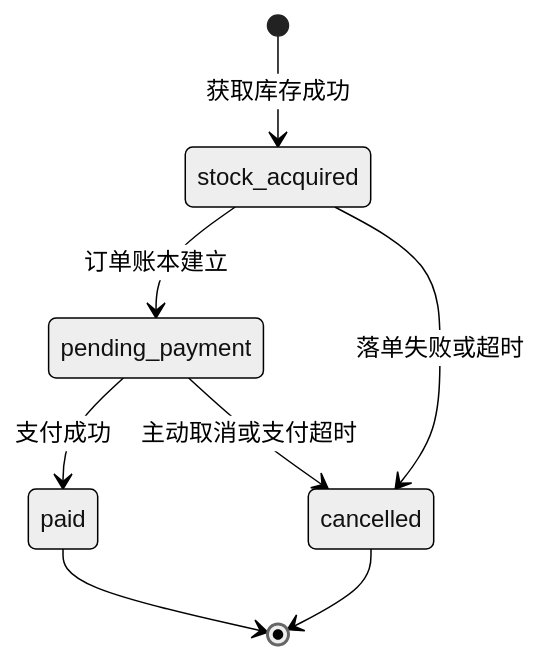
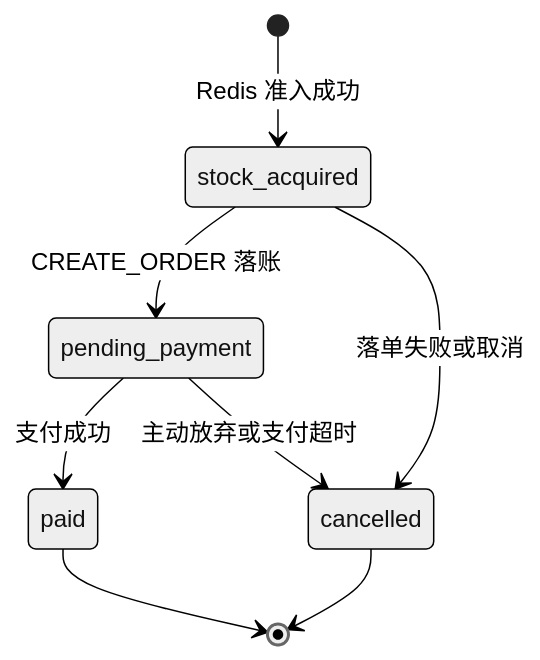
One commit to Silas-Go/lottery changed the diagram in readme.md. Above: the diagram before and after it, drawn with Mermaid (neutral theme). The commit also changed other lines of this file, not shown here.

````diff
--- a/readme.md
+++ b/readme.md
@@ -217,10 +229,10 @@
 ```mermaid
 stateDiagram-v2
-    [*] --> stock_acquired: 获取库存成功
-    stock_acquired --> pending_payment: 订单账本建立
-    stock_acquired --> cancelled: 落单失败或超时
+    [*] --> stock_acquired: Redis 准入成功
+    stock_acquired --> pending_payment: CREATE_ORDER 落账
+    stock_acquired --> cancelled: 落单失败或取消
     pending_payment --> paid: 支付成功
-    pending_payment --> cancelled: 主动取消或支付超时
+    pending_payment --> cancelled: 主动放弃或支付超时
     paid --> [*]
     cancelled --> [*]
 ```
````
